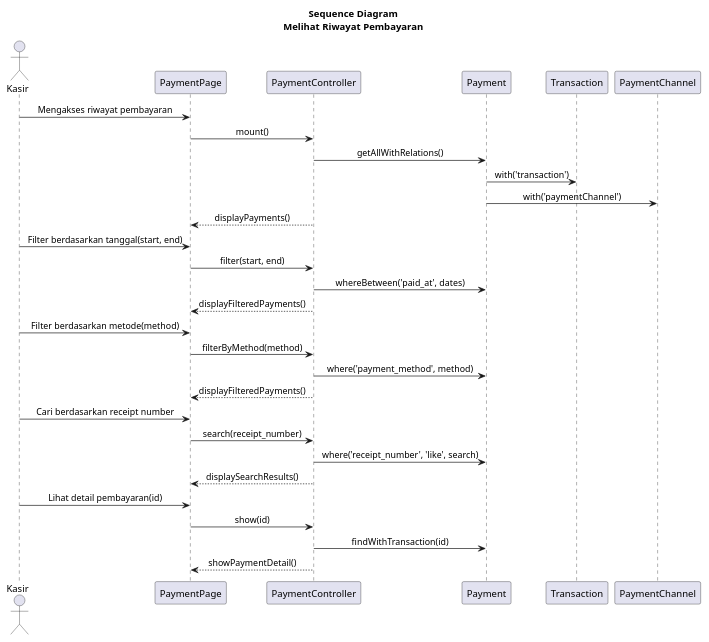
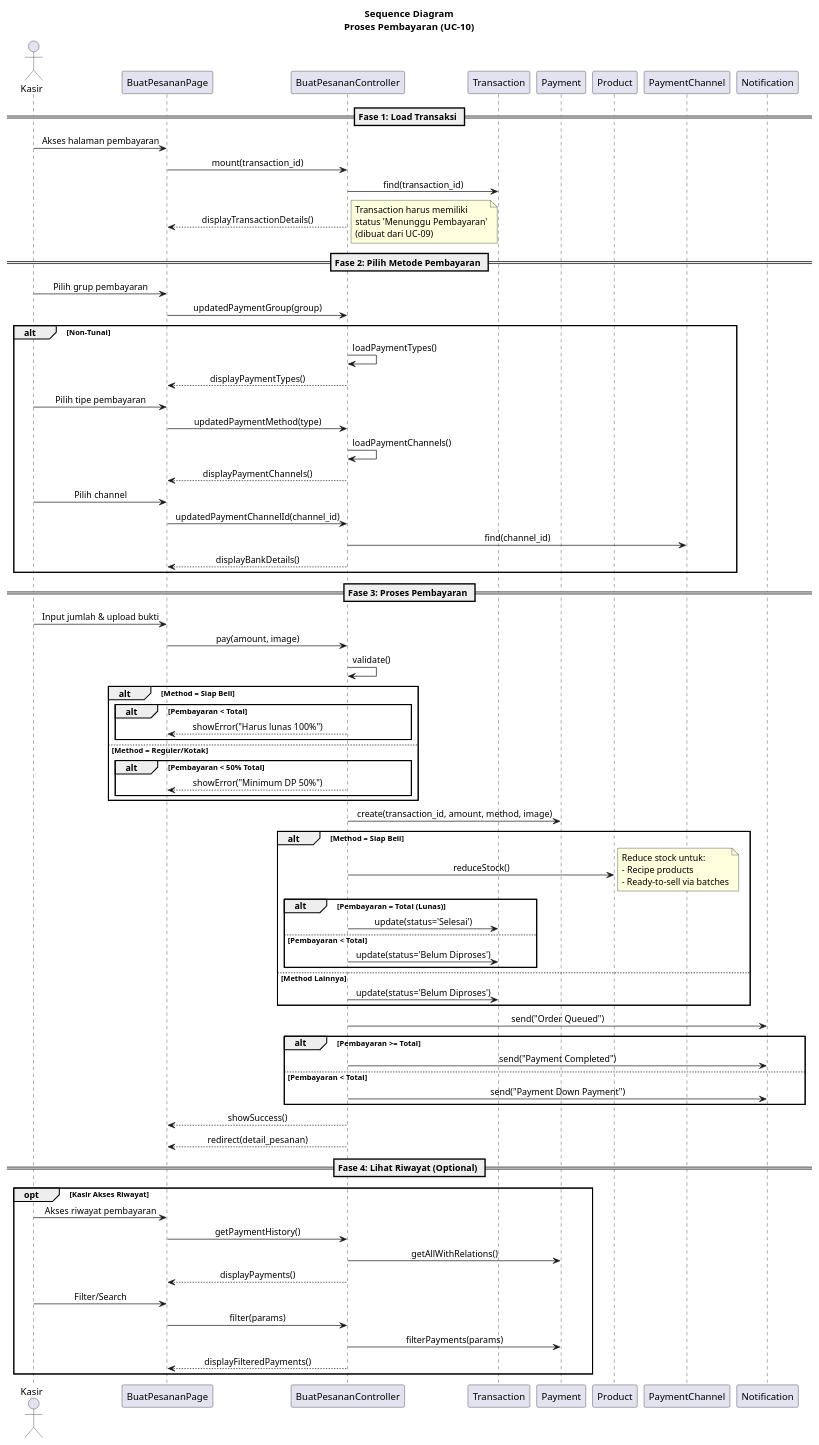
One commit to pawon3d/pawon3d changed the diagram in docs/diagrams/puml/sequence-inc-1-pembayaran.puml. Above: the diagram before and after it, drawn with PlantUML. The commit also changed 9 other files, not shown here.

```diff
--- a/docs/diagrams/puml/sequence-inc-1-pembayaran.puml
+++ b/docs/diagrams/puml/sequence-inc-1-pembayaran.puml
@@ -1,41 +1,109 @@
 @startuml
 
 skinparam sequenceMessageAlign center
 
-title Sequence Diagram\nMelihat Riwayat Pembayaran
+title Sequence Diagram\nProses Pembayaran (UC-10)
 
 actor "Kasir" as Cashier
-participant "PaymentPage" as PP
-participant "PaymentController" as PC
-participant "Payment" as PM
+participant "BuatPesananPage" as BP
+participant "BuatPesananController" as BC
 participant "Transaction" as TM
+participant "Payment" as PY
+participant "Product" as PM
 participant "PaymentChannel" as PCH
+participant "Notification" as NT
 
-Cashier -> PP : Mengakses riwayat pembayaran
-PP -> PC : mount()
-PC -> PM : getAllWithRelations()
-PM -> TM : with('transaction')
-PM -> PCH : with('paymentChannel')
-PC --> PP : displayPayments()
+== Fase 1: Load Transaksi ==
 
-Cashier -> PP : Filter berdasarkan tanggal(start, end)
-PP -> PC : filter(start, end)
-PC -> PM : whereBetween('paid_at', dates)
-PC --> PP : displayFilteredPayments()
+Cashier -> BP : Akses halaman pembayaran
+BP -> BC : mount(transaction_id)
+BC -> TM : find(transaction_id)
+BC --> BP : displayTransactionDetails()
 
-Cashier -> PP : Filter berdasarkan metode(method)
-PP -> PC : filterByMethod(method)
-PC -> PM : where('payment_method', method)
-PC --> PP : displayFilteredPayments()
+note right
+  Transaction harus memiliki
+  status 'Menunggu Pembayaran'
+  (dibuat dari UC-09)
+end note
 
-Cashier -> PP : Cari berdasarkan receipt number
-PP -> PC : search(receipt_number)
-PC -> PM : where('receipt_number', 'like', search)
-PC --> PP : displaySearchResults()
+== Fase 2: Pilih Metode Pembayaran ==
 
-Cashier -> PP : Lihat detail pembayaran(id)
-PP -> PC : show(id)
-PC -> PM : findWithTransaction(id)
-PC --> PP : showPaymentDetail()
+Cashier -> BP : Pilih grup pembayaran
+BP -> BC : updatedPaymentGroup(group)
+
+alt Non-Tunai
+    BC -> BC : loadPaymentTypes()
+    BC --> BP : displayPaymentTypes()
+    
+    Cashier -> BP : Pilih tipe pembayaran
+    BP -> BC : updatedPaymentMethod(type)
+    BC -> BC : loadPaymentChannels()
+    BC --> BP : displayPaymentChannels()
+    
+    Cashier -> BP : Pilih channel
+    BP -> BC : updatedPaymentChannelId(channel_id)
+    BC -> PCH : find(channel_id)
+    BC --> BP : displayBankDetails()
+end
+
+== Fase 3: Proses Pembayaran ==
+
+Cashier -> BP : Input jumlah & upload bukti
+BP -> BC : pay(amount, image)
+BC -> BC : validate()
+
+alt Method = Siap Beli
+    alt Pembayaran < Total
+        BC --> BP : showError("Harus lunas 100%")
+    end
+else Method = Reguler/Kotak
+    alt Pembayaran < 50% Total
+        BC --> BP : showError("Minimum DP 50%")
+    end
+end
+
+BC -> PY : create(transaction_id, amount, method, image)
+
+alt Method = Siap Beli
+    BC -> PM : reduceStock()
+    note right
+      Reduce stock untuk:
+      - Recipe products
+      - Ready-to-sell via batches
+    end note
+    
+    alt Pembayaran = Total (Lunas)
+        BC -> TM : update(status='Selesai')
+    else Pembayaran < Total
+        BC -> TM : update(status='Belum Diproses')
+    end
+else Method Lainnya
+    BC -> TM : update(status='Belum Diproses')
+end
+
+BC -> NT : send("Order Queued")
+
+alt Pembayaran >= Total
+    BC -> NT : send("Payment Completed")
+else Pembayaran < Total
+    BC -> NT : send("Payment Down Payment")
+end
+
+BC --> BP : showSuccess()
+BC --> BP : redirect(detail_pesanan)
+
+== Fase 4: Lihat Riwayat (Optional) ==
+
+opt Kasir Akses Riwayat
+    Cashier -> BP : Akses riwayat pembayaran
+    BP -> BC : getPaymentHistory()
+    BC -> PY : getAllWithRelations()
+    BC --> BP : displayPayments()
+    
+    Cashier -> BP : Filter/Search
+    BP -> BC : filter(params)
+    BC -> PY : filterPayments(params)
+    BC --> BP : displayFilteredPayments()
+end
 
 @enduml
```
